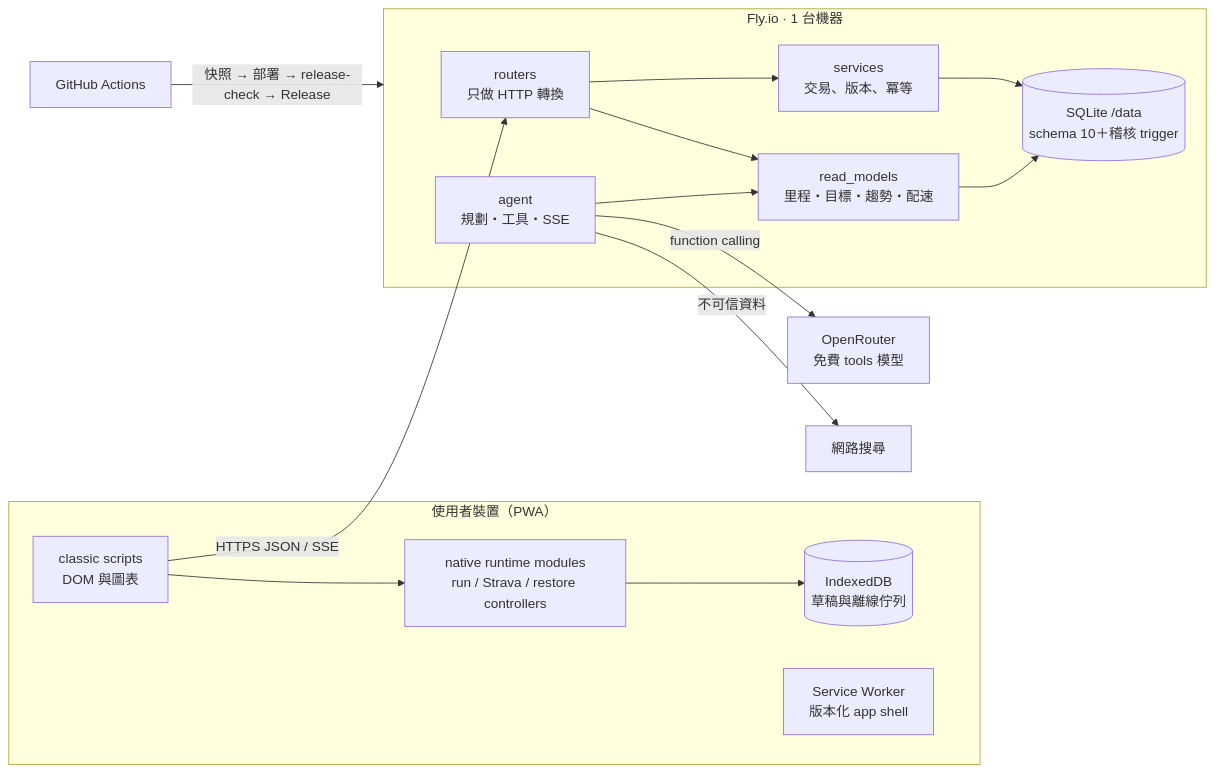
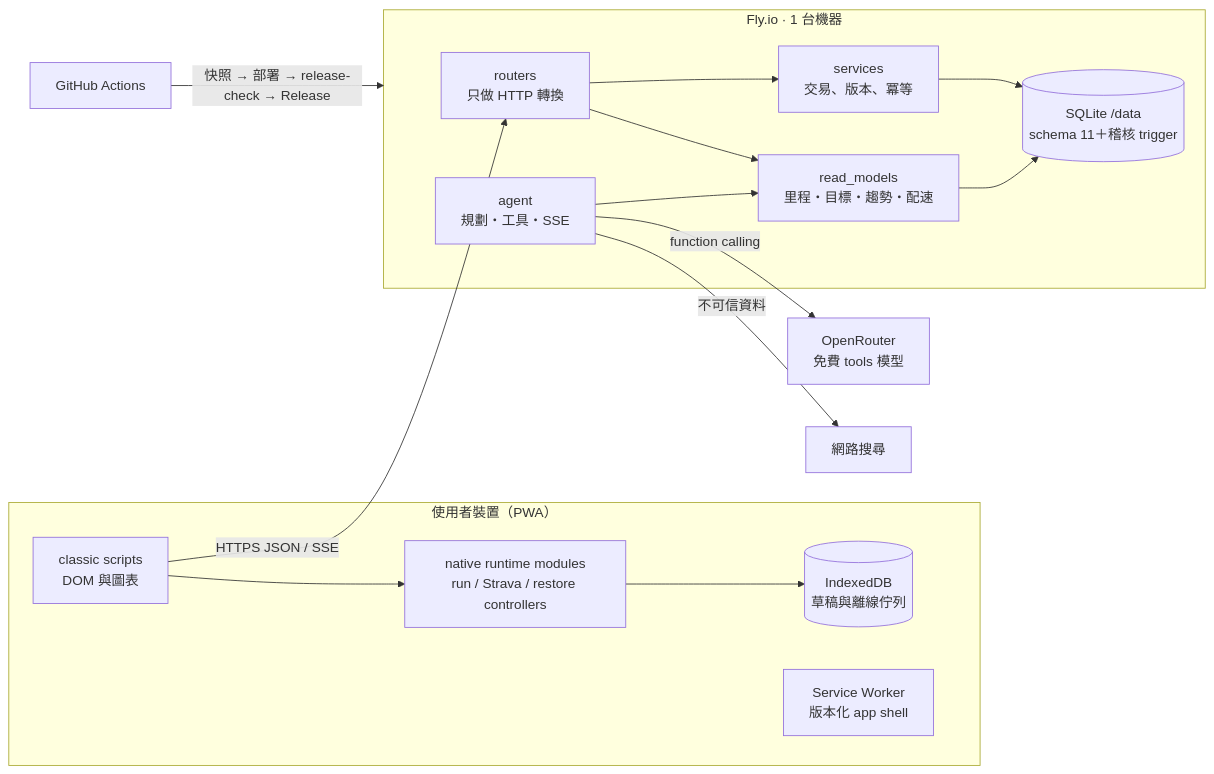
Before and after one commit to Teng91/running-shoes: the diagram in README.md, drawn with Mermaid. The commit also changed other lines of this file and 47 other files, not shown here.

````diff
--- a/README.md
+++ b/README.md
@@ -94,19 +94,19 @@
 ```mermaid
 flowchart LR
   subgraph Device["使用者裝置（PWA）"]
     UI["classic scripts<br/>DOM 與圖表"] --> RT["native runtime modules<br/>run / Strava / restore controllers"]
     RT --> IDB[("IndexedDB<br/>草稿與離線佇列")]
     SW["Service Worker<br/>版本化 app shell"]
   end
   subgraph Fly["Fly.io · 1 台機器"]
     R["routers<br/>只做 HTTP 轉換"] --> S["services<br/>交易、版本、冪等"]
     R --> RM["read_models<br/>里程・目標・趨勢・配速"]
-    S --> DB[("SQLite /data<br/>schema 10＋稽核 trigger")]
+    S --> DB[("SQLite /data<br/>schema 11＋稽核 trigger")]
     RM --> DB
     A["agent<br/>規劃・工具・SSE"] --> RM
   end
   UI -- "HTTPS JSON / SSE" --> R
   A -- "function calling" --> OR["OpenRouter<br/>免費 tools 模型"]
   A -- "不可信資料" --> WS["網路搜尋"]
   GH["GitHub Actions"] -- "快照 → 部署 → release-check → Release" --> Fly
 ```
````
